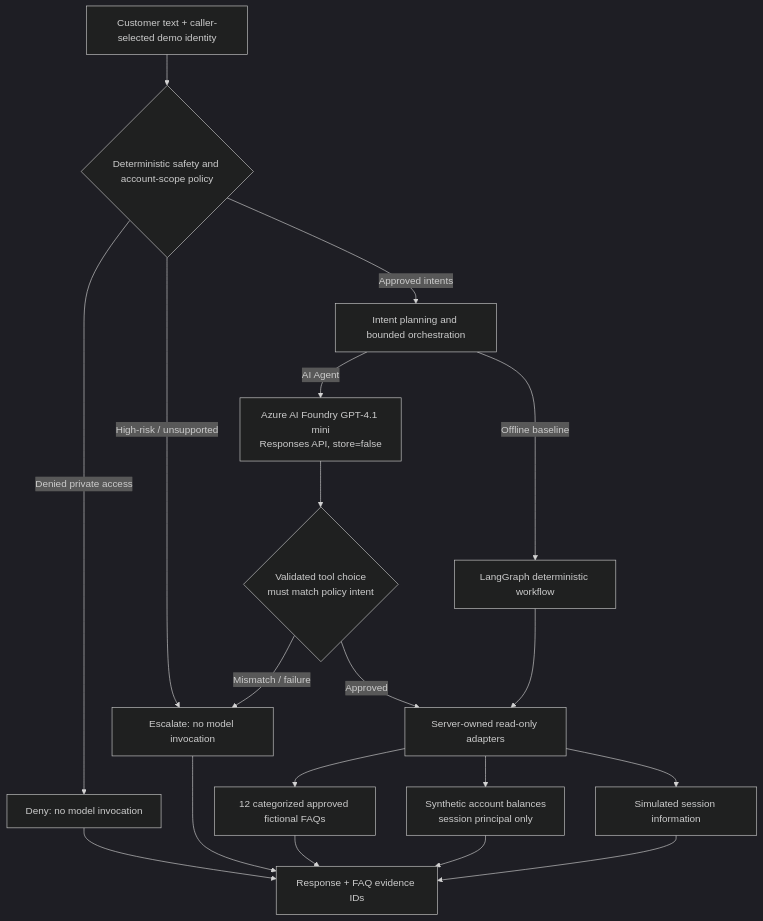
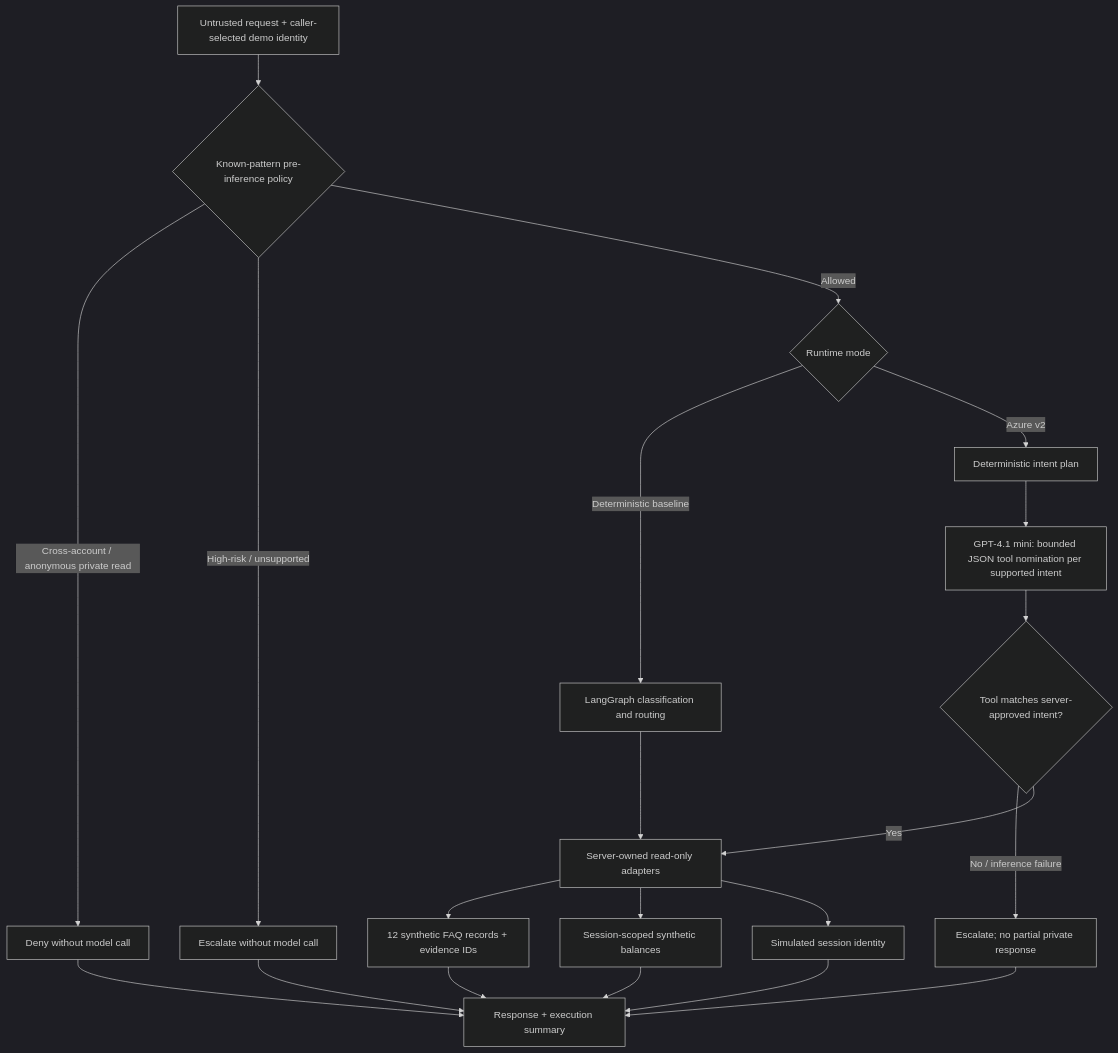
Before and after one commit to n-neykov/agentic-ai-architecture-portfolio: the diagram in architecture/system.md, drawn with Mermaid (dark theme). The commit also changed other lines of this file, not shown here.

Commit message:
docs: refine P1 branching diagram to distinguish offline LangGraph from Azure v2 bounded orchestration

````diff
--- a/architecture/system.md
+++ b/architecture/system.md
@@ -3,21 +3,23 @@
 ```mermaid
 flowchart TD
-  U["Customer text + caller-selected demo identity"] --> P{"Deterministic safety and account-scope policy"}
-  P -->|"Denied private access"| D["Deny: no model invocation"]
-  P -->|"High-risk / unsupported"| E["Escalate: no model invocation"]
-  P -->|"Approved intents"| O["Intent planning and bounded orchestration"]
-  O -->|"AI Agent"| F["Azure AI Foundry GPT-4.1 mini<br/>Responses API, store=false"]
-  O -->|"Offline baseline"| L["LangGraph deterministic workflow"]
-  F --> V{"Validated tool choice<br/>must match policy intent"}
-  V -->|"Mismatch / failure"| E
-  V -->|"Approved"| T["Server-owned read-only adapters"]
+  U["Untrusted request + caller-selected demo identity"] --> P{"Known-pattern pre-inference policy"}
+  P -->|"Cross-account / anonymous private read"| D["Deny without model call"]
+  P -->|"High-risk / unsupported"| E["Escalate without model call"]
+  P -->|"Allowed"| M{"Runtime mode"}
+  M -->|"Deterministic baseline"| L["LangGraph classification and routing"]
+  M -->|"Azure v2"| O["Deterministic intent plan"]
+  O --> F["GPT-4.1 mini: bounded JSON tool nomination per supported intent"]
+  F --> V{"Tool matches server-approved intent?"}
+  V -->|"No / inference failure"| X["Escalate; no partial private response"]
+  V -->|Yes| T["Server-owned read-only adapters"]
   L --> T
-  T --> K["12 categorized approved fictional FAQs"]
-  T --> C["Synthetic account balances<br/>session principal only"]
-  T --> I["Simulated session information"]
-  K --> R["Response + FAQ evidence IDs"]
+  T --> K["12 synthetic FAQ records + evidence IDs"]
+  T --> C["Session-scoped synthetic balances"]
+  T --> I["Simulated session identity"]
+  K --> R["Response + execution summary"]
   C --> R
   I --> R
   D --> R
   E --> R
+  X --> R
 ```
````
